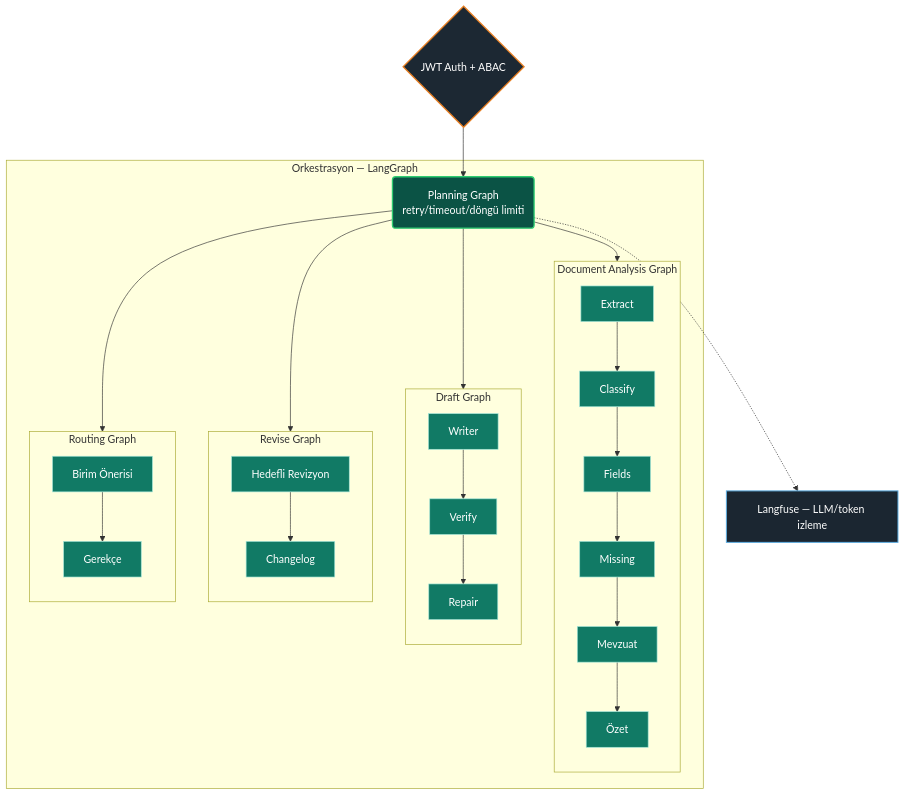
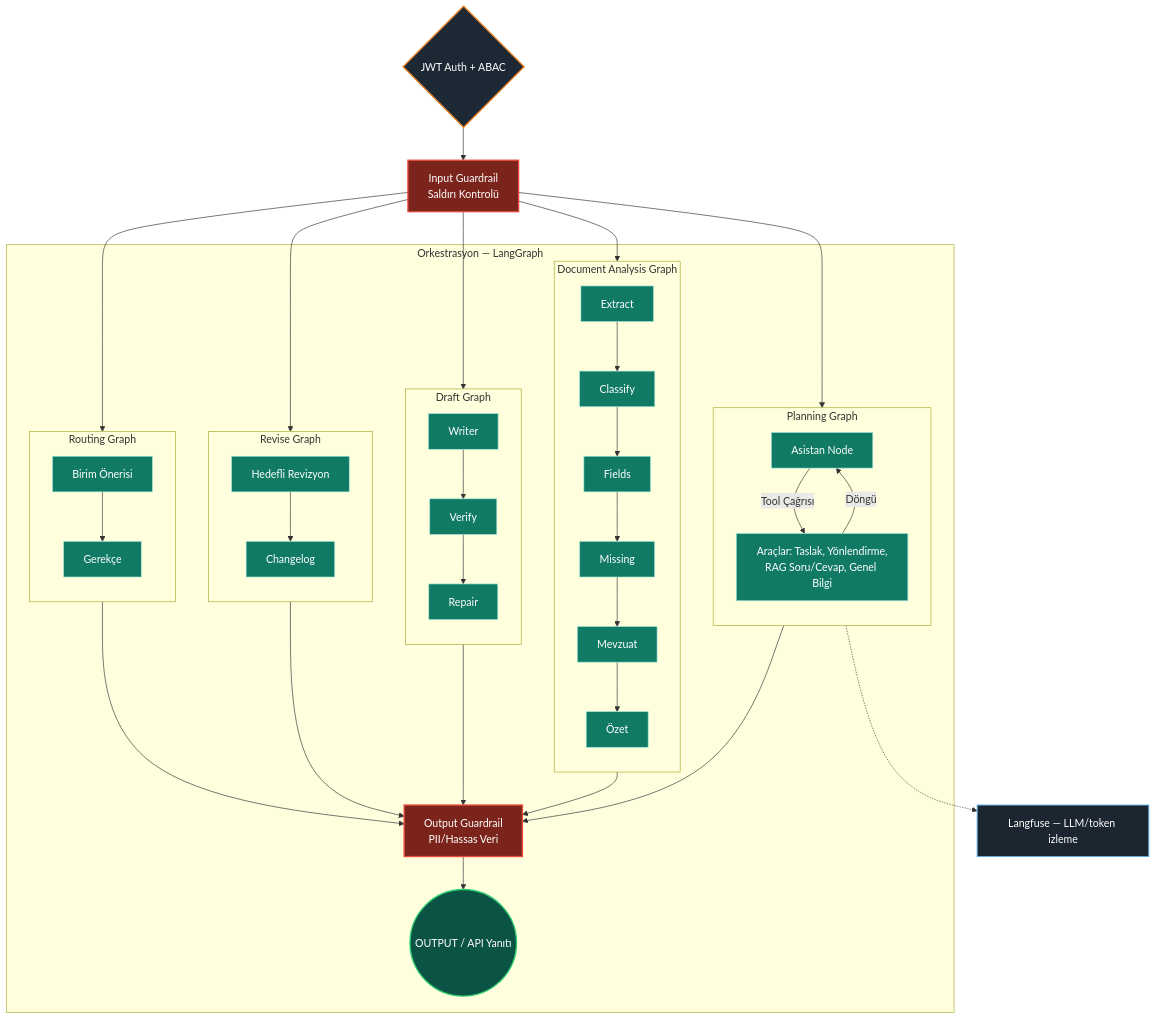
The third of 17 diagrams in README.md (chyp3r/KACHOW-Teknofest-2026), drawn with Mermaid before and after one commit. The commit also changed other lines of this file, not shown here.

Commit message:
feat: guardrail docs

````diff
--- a/README.md
+++ b/README.md
@@ -194,46 +195,64 @@
 ```mermaid
 flowchart TD
     classDef api fill:#1c2833,stroke:#e67e22,stroke-width:2px,color:#fff;
     classDef orch fill:#0b5345,stroke:#2ecc71,stroke-width:2px,color:#fff;
     classDef subnode fill:#117a65,stroke:#a3e4d7,stroke-width:1px,color:#fff;
     classDef obs fill:#1b2631,stroke:#5dade2,stroke-width:1.5px,color:#fff;
+    classDef guard fill:#7b241c,stroke:#e74c3c,stroke-width:2px,color:#fff;
 
-    C{JWT Auth + ABAC}:::api --> P
+    C{JWT Auth + ABAC}:::api --> IN_GUARD[Input Guardrail<br/>Saldırı Kontrolü]:::guard
+
+    IN_GUARD --> P
+    IN_GUARD --> DA
+    IN_GUARD --> DR
+    IN_GUARD --> RV
+    IN_GUARD --> RT
 
     subgraph Orkestrasyon["Orkestrasyon — LangGraph"]
-        P(Planning Graph<br/>retry/timeout/döngü limiti):::orch
+        
+        subgraph P ["Planning Graph"]
+            direction TB
+            p1[Asistan Node]:::subnode -->|Tool Çağrısı| p2[Araçlar: Taslak, Yönlendirme,<br/>RAG Soru/Cevap, Genel Bilgi]:::subnode
+            p2 -->|Döngü| p1
+        end
         
         subgraph DA ["Document Analysis Graph"]
             direction TB
             da1[Extract]:::subnode --> da2[Classify]:::subnode
             da2 --> da3[Fields]:::subnode
             da3 --> da4[Missing]:::subnode
             da4 --> da5[Mevzuat]:::subnode
             da5 --> da6[Özet]:::subnode
         end
 
         subgraph DR ["Draft Graph"]
             direction TB
             dr1[Writer]:::subnode --> dr2[Verify]:::subnode
             dr2 --> dr3[Repair]:::subnode
         end
 
         subgraph RV ["Revise Graph"]
             direction TB
             rv1[Hedefli Revizyon]:::subnode --> rv2[Changelog]:::subnode
         end
 
         subgraph RT ["Routing Graph"]
             direction TB
             rt1[Birim Önerisi]:::subnode --> rt2[Gerekçe]:::subnode
         end
         
-        P --> DA
-        P --> DR
-        P --> RV
-        P --> RT
+        OUT_GUARD[Output Guardrail<br/>PII/Hassas Veri]:::guard
+        O_FINAL((OUTPUT / API Yanıtı)):::orch
+        
+        P --> OUT_GUARD
+        DA --> OUT_GUARD
+        DR --> OUT_GUARD
+        RV --> OUT_GUARD
+        RT --> OUT_GUARD
+        
+        OUT_GUARD --> O_FINAL
     end
     
     O1[Langfuse — LLM/token izleme]:::obs
     P -.-> O1
 ```
````
